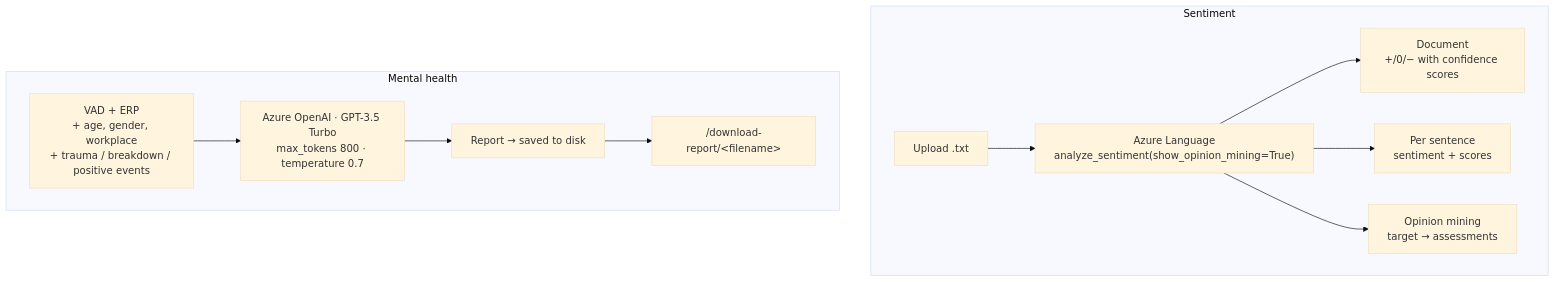
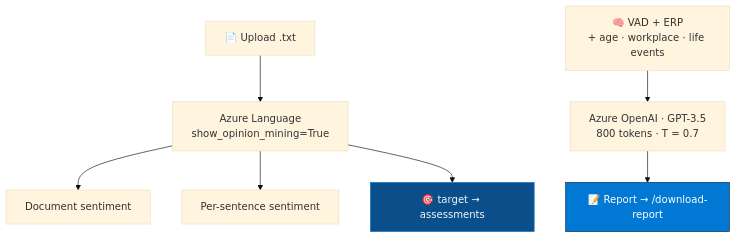
One commit to Vishal-AS-0407/portfolio changed the diagram in gh-readmes/Sentiment-Analysis-and-Mental-Health-Guidance-in-Azure/README.md. Above: the diagram before and after it, drawn with Mermaid (base theme). The commit also changed other lines of this file and 62 other files, not shown here.

````diff
--- a/gh-readmes/Sentiment-Analysis-and-Mental-Health-Guidance-in-Azure/README.md
+++ b/gh-readmes/Sentiment-Analysis-and-Mental-Health-Guidance-in-Azure/README.md
@@ -31,15 +36,11 @@
 ```mermaid
-flowchart TB
-    subgraph SA["Sentiment"]
-        UP["Upload .txt"] --> AZ["Azure Language<br/>analyze_sentiment(show_opinion_mining=True)"]
-        AZ --> D["Document<br/>+/0/− with confidence scores"]
-        AZ --> S["Per sentence<br/>sentiment + scores"]
-        AZ --> O["Opinion mining<br/>target → assessments"]
-    end
-    subgraph MH["Mental health"]
-        F["VAD + ERP<br/>+ age, gender, workplace<br/>+ trauma / breakdown / positive events"]
-        F --> GPT["Azure OpenAI · GPT-3.5 Turbo<br/>max_tokens 800 · temperature 0.7"]
-        GPT --> R["Report → saved to disk"]
-        R --> DL["/download-report/&lt;filename&gt;"]
-    end
+flowchart TD
+    UP["📄 Upload .txt"] --> AZ["Azure Language<br/>show_opinion_mining=True"]
+    AZ --> D["Document sentiment"]
+    AZ --> S["Per-sentence sentiment"]
+    AZ --> O["🎯 target → assessments"]
+    F["🧠 VAD + ERP<br/>+ age · workplace · life events"] --> GPT["Azure OpenAI · GPT-3.5<br/>800 tokens · T = 0.7"]
+    GPT --> R["📝 Report → /download-report"]
+    style O fill:#0B4F8A,stroke:#0078D4,color:#EFF6FF
+    style R fill:#0078D4,stroke:#0A2540,color:#FFFFFF
 ```
````
